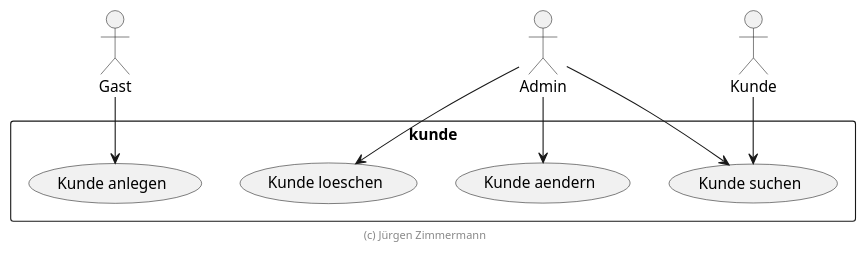
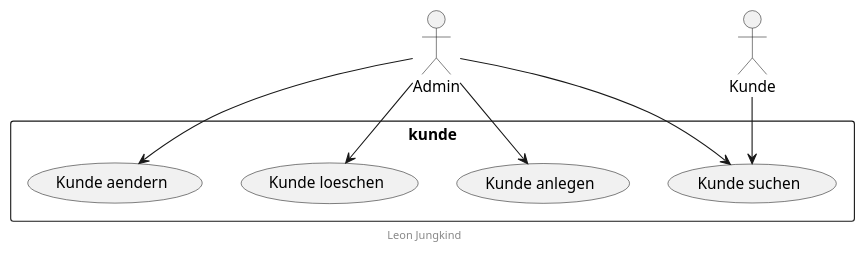
The diagram in docs/diagramme/src/use-cases.plantuml (leonjungkind-cmyk/SWE_Abgabe_1), drawn with PlantUML before and after one commit. The commit also changed other lines of this file and 5 other files, not shown here.

Commit message:
Plant UML diagramme und 2 Erklärungsdateien für das code Verständnis(von Claude Code Generiert)

```diff
--- a/docs/diagramme/src/use-cases.plantuml
+++ b/docs/diagramme/src/use-cases.plantuml
@@ -18,17 +3,16 @@
 @startuml Use Cases
 
-actor Gast
 actor Admin
 actor Kunde
 
 rectangle kunde {
-    Gast --> (Kunde anlegen)
+    Admin --> (Kunde anlegen)
     Admin --> (Kunde suchen)
     Admin --> (Kunde aendern)
     Admin --> (Kunde loeschen)
     Kunde --> (Kunde suchen)
 }
 
-footer (c) Jürgen Zimmermann
+footer Leon Jungkind
 
 @enduml
```
